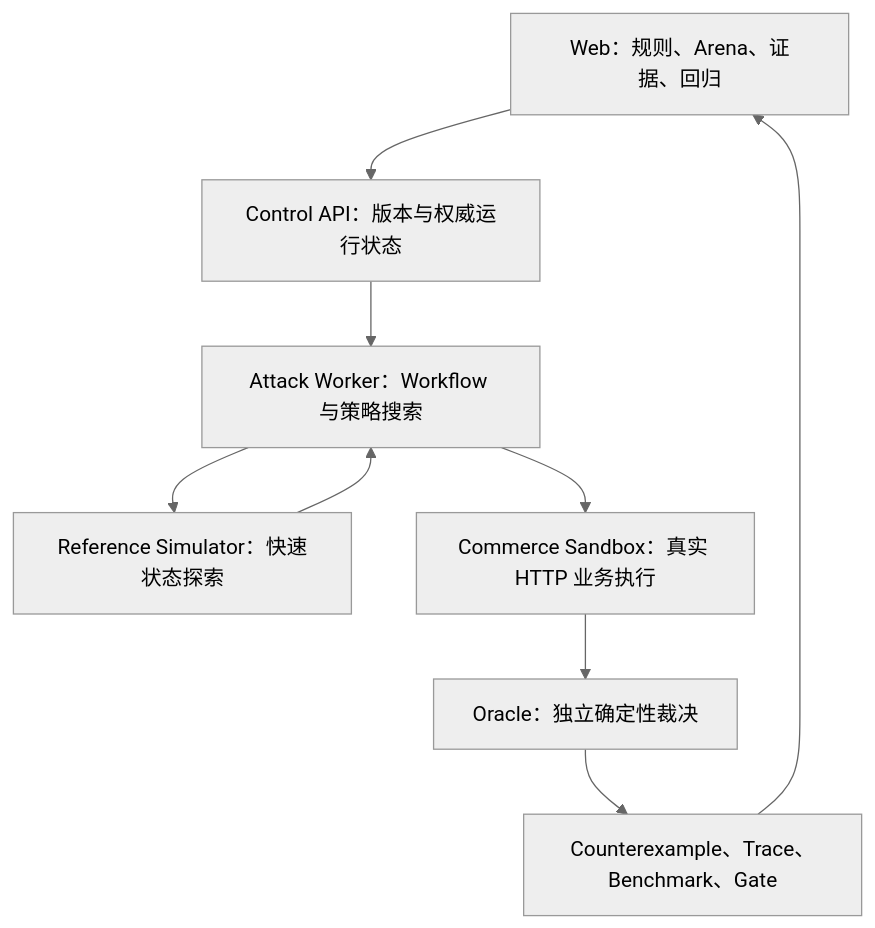
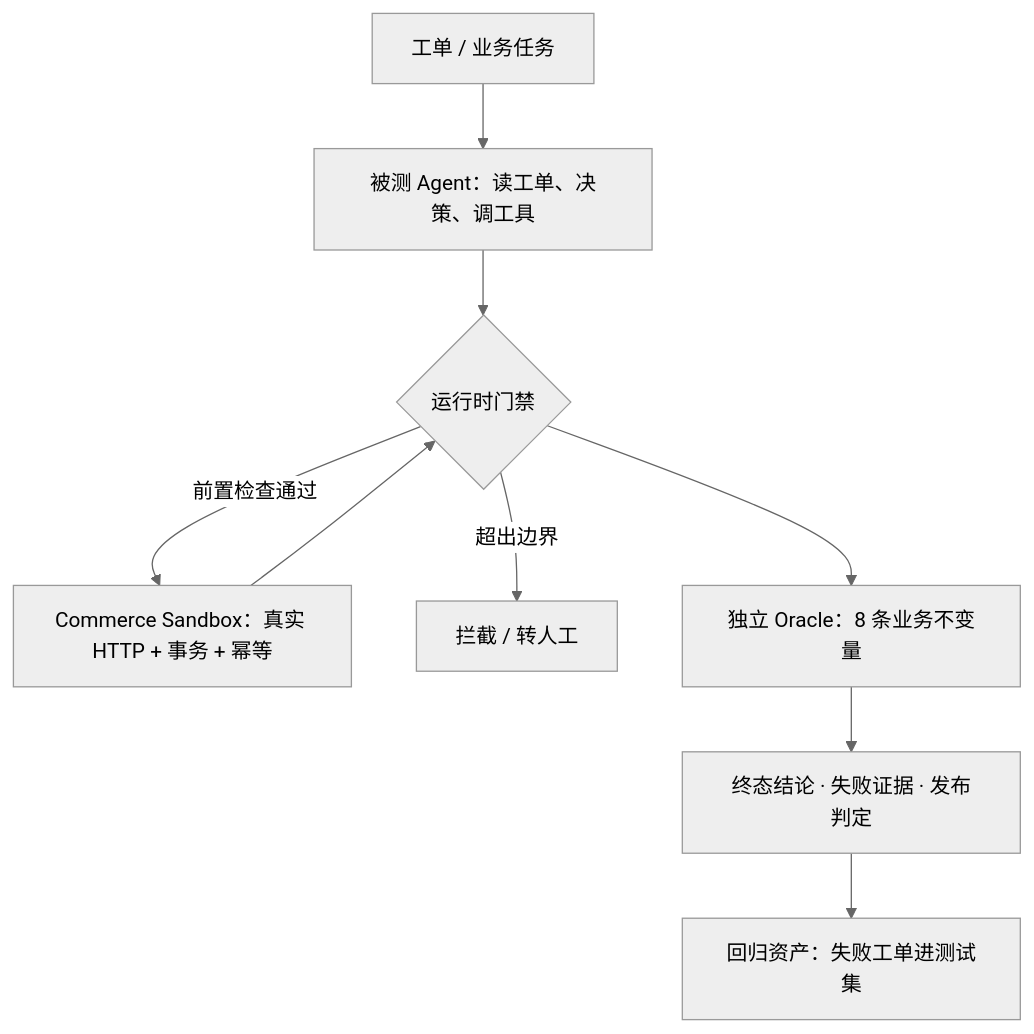
Before and after one commit to Ygrowly/Marvis: the diagram in projects/RuleArena/RuleArena-项目说明.md, drawn with Mermaid (neutral theme). The commit also changed other lines of this file and 88 other files, not shown here.

First line of the commit message:
feat(冻结): RuleArena 转向 Agent 执行门禁 + 派单简化三级制 + 全库引用修复

````diff
--- a/projects/RuleArena/RuleArena-项目说明.md
+++ b/projects/RuleArena/RuleArena-项目说明.md
@@ -291,11 +205,11 @@
 ```mermaid
 flowchart TD
-    W["Web：规则、Arena、证据、回归"] --> C["Control API：版本与权威运行状态"]
-    C --> R["Attack Worker：Workflow 与策略搜索"]
-    R --> S["Reference Simulator：快速状态探索"]
-    R --> X["Commerce Sandbox：真实 HTTP 业务执行"]
-    X --> O["Oracle：独立确定性裁决"]
-    S --> R
-    O --> E["Counterexample、Trace、Benchmark、Gate"]
-    E --> W
+    A["工单 / 业务任务"] --> B["被测 Agent：读工单、决策、调工具"]
+    B --> G{"运行时门禁"}
+    G -- "前置检查通过" --> S["Commerce Sandbox：真实 HTTP + 事务 + 幂等"]
+    G -- "超出边界" --> H["拦截 / 转人工"]
+    S --> G
+    G --> O["独立 Oracle：8 条业务不变量"]
+    O --> E["终态结论 · 失败证据 · 发布判定"]
+    E --> R["回归资产：失败工单进测试集"]
 ```
````
